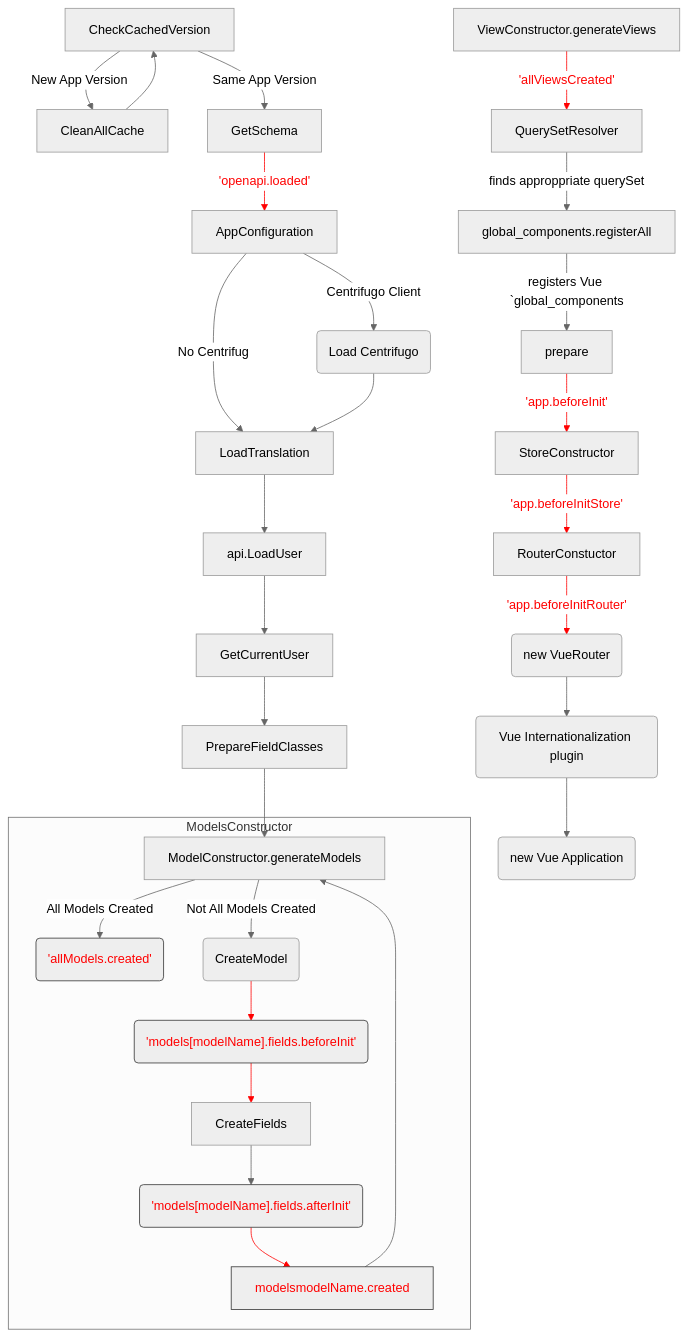
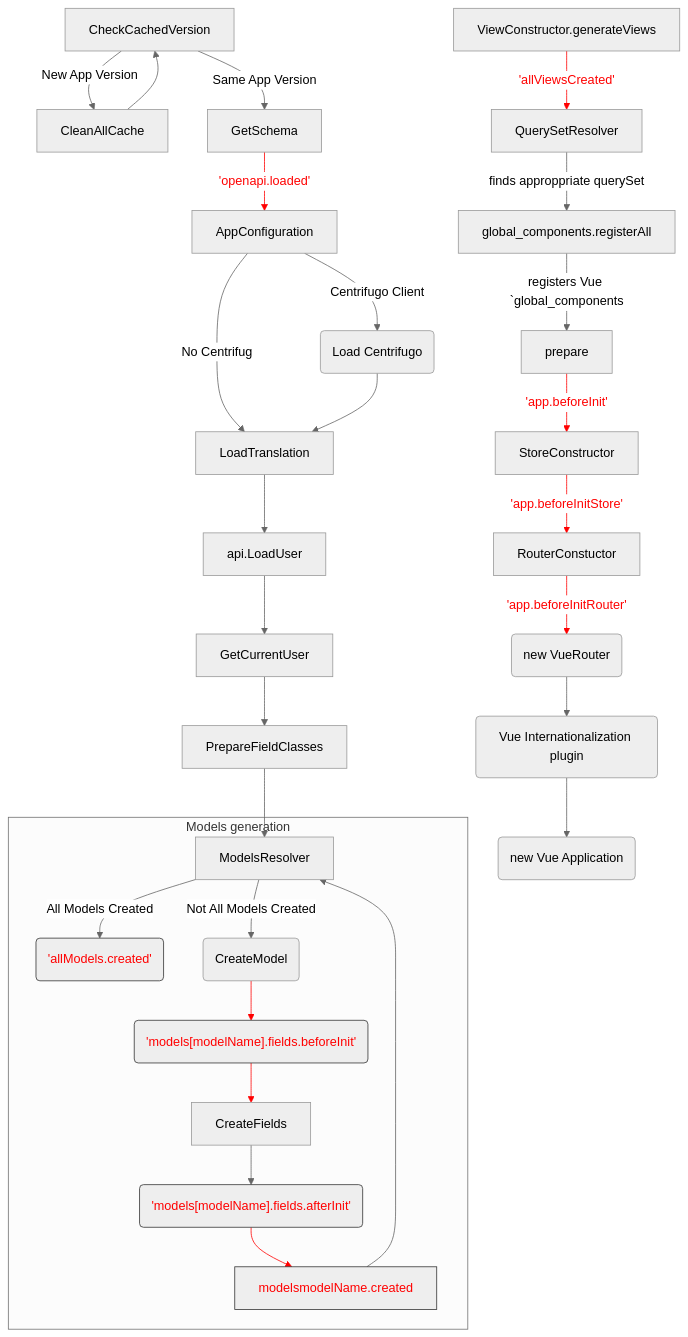
Before and after one commit to vstconsulting/vstutils: the diagram in doc/quickstart-front.rst, drawn with Mermaid (neutral theme). The commit also changed other lines of this file and 91 other files, not shown here.

```diff
--- a/doc/quickstart-front.rst
+++ b/doc/quickstart-front.rst
@@ -37,38 +37,38 @@
 .. mermaid::
 
     graph TD
       CheckCachedVersion--New App Version-->CleanAllCache;
       CheckCachedVersion--Same App Version-->GetSchema;
       CleanAllCache-->CheckCachedVersion
       GetSchema--'openapi.loaded'-->AppConfiguration
       AppConfiguration--Centrifugo Client-->Centrifugo(Load Centrifugo)
       AppConfiguration--No Centrifugo-->LoadTranslation
       Centrifugo-->LoadTranslation
       LoadTranslation-->api.LoadUser-->GetCurrentUser
       GetCurrentUser-->PrepareFieldClasses
-      PrepareFieldClasses-->ModelConstructor.generateModels
-      subgraph ModelsConstructor
-      ModelConstructor.generateModels--All Models Created-->B('allModels.created'):::classSignal
-      ModelConstructor.generateModels--Not All Models Created-->CreateModel
+      PrepareFieldClasses-->ModelsResolver
+      subgraph Models generation
+      ModelsResolver--All Models Created-->B('allModels.created'):::classSignal
+      ModelsResolver--Not All Models Created-->CreateModel
       CreateModel(CreateModel)-->SignalBeforeInit("'models#91;modelName#93;.fields.beforeInit'"):::classSignal-->CreateFields
       CreateFields-->SignalAfterInit("'models#91;modelName#93;.fields.afterInit'"):::classSignal-->modelsmodelName.created:::classSignal
-      modelsmodelName.created-->ModelConstructor.generateModels
+      modelsmodelName.created-->ModelsResolver
       end
       ViewConstructor.generateViews--'allViewsCreated'-->QuerySetResolver
       QuerySetResolver--finds approppriate querySet-->global_components.registerAll
       global_components.registerAll--registers Vue `global_components-->prepare
       prepare--'app.beforeInit'-->StoreConstructor
       StoreConstructor--'app.beforeInitStore'-->RouterConstuctor
       RouterConstuctor--'app.beforeInitRouter'-->D(new VueRouter)
       D-->E(Vue Internationalization plugin)
       E-->F(new Vue Application)
 
     linkStyle 3 stroke:red,color:red
     linkStyle 13 stroke:red,color:red
     linkStyle 14 stroke:red,color:red
     linkStyle 16 stroke:red,color:red
     linkStyle 18 stroke:red,color:red
     linkStyle 21 stroke:red,color:red
     linkStyle 22 stroke:red,color:red
     linkStyle 23 stroke:red,color:red
     classDef classSignal stroke:#333,color:#f00;
```
